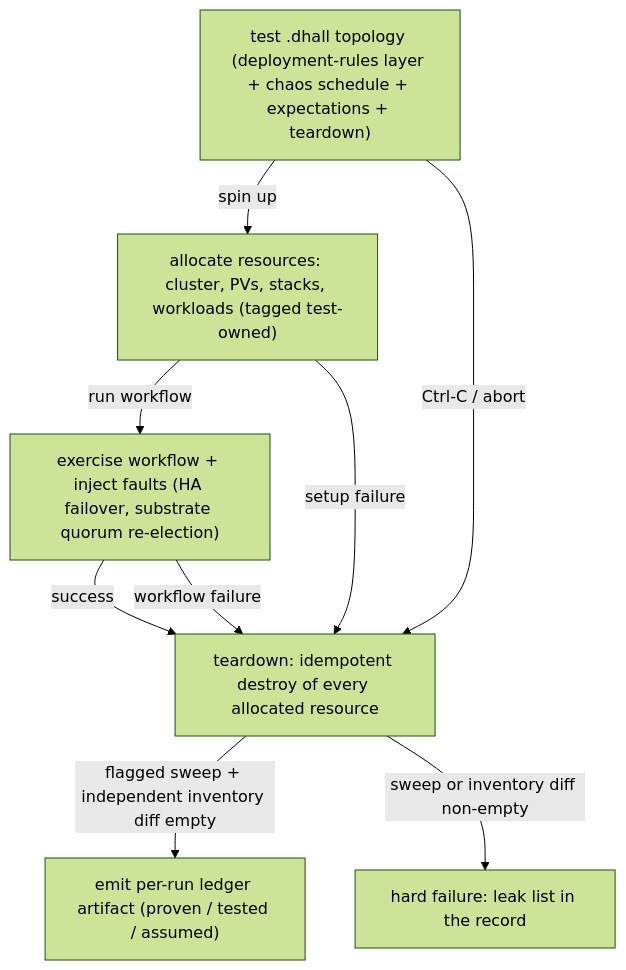
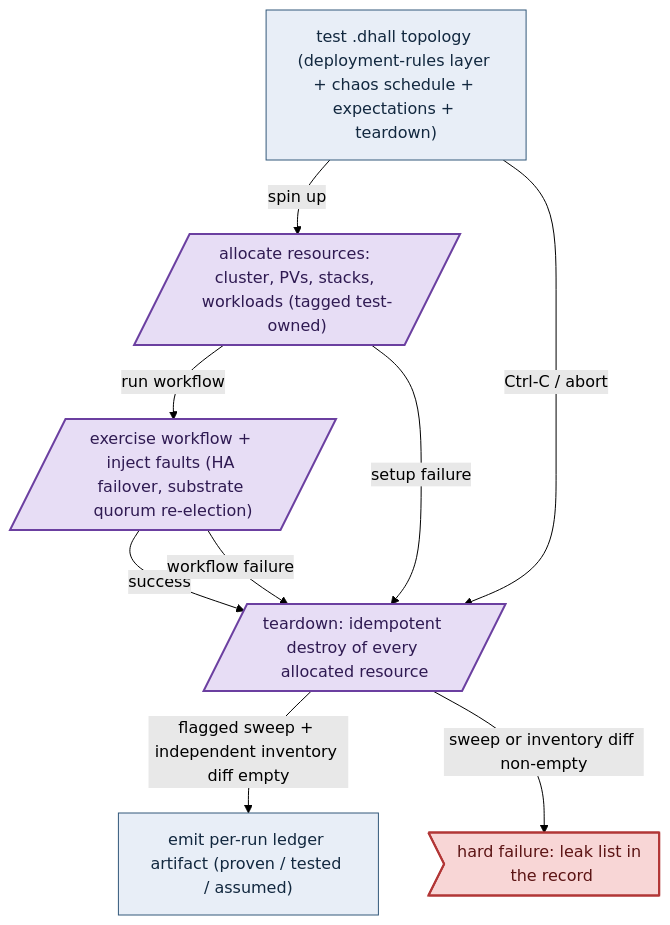
Before and after one commit to Tuee22/amoebius: the first of 3 diagrams in documents/engineering/testing_doctrine.md, drawn with Mermaid (forest theme). The commit also changed other lines of this file and 36 other files, not shown here.

````diff
--- a/documents/engineering/testing_doctrine.md
+++ b/documents/engineering/testing_doctrine.md
@@ -139,11 +141,14 @@
 ```mermaid
 flowchart TD
-  spec["test .dhall topology (deployment-rules layer + chaos schedule + expectations + teardown)"] -->|spin up| up["allocate resources: cluster, PVs, stacks, workloads (tagged test-owned)"]
-  up -->|run workflow| run["exercise workflow + inject faults (HA failover, substrate quorum re-election)"]
-  run -->|success| down["teardown: idempotent destroy of every allocated resource"]
+  spec["test .dhall topology (deployment-rules layer + chaos schedule + expectations + teardown)"]:::intent -->|spin up| up[/"allocate resources: cluster, PVs, stacks, workloads (tagged test-owned)"/]:::effect
+  up -->|run workflow| run[/"exercise workflow + inject faults (HA failover, substrate quorum re-election)"/]:::effect
+  run -->|success| down[/"teardown: idempotent destroy of every allocated resource"/]:::effect
   run -->|workflow failure| down
   up -->|setup failure| down
   spec -->|Ctrl-C / abort| down
-  down -->|flagged sweep + independent inventory diff empty| ledger["emit per-run ledger artifact (proven / tested / assumed)"]
-  down -->|sweep or inventory diff non-empty| fail["hard failure: leak list in the record"]
+  down -->|flagged sweep + independent inventory diff empty| ledger["emit per-run ledger artifact (proven / tested / assumed)"]:::intent
+  down -->|sweep or inventory diff non-empty| fail>"hard failure: leak list in the record"]:::refuse
+  classDef intent   fill:#e8eef7,stroke:#33587a,color:#12283f,stroke-width:1px
+  classDef effect   fill:#e7ddf5,stroke:#6b3fa0,color:#2f1a52,stroke-width:2px
+  classDef refuse   fill:#f8d6d6,stroke:#b23636,color:#5c1414,stroke-width:2px
 ```
````
